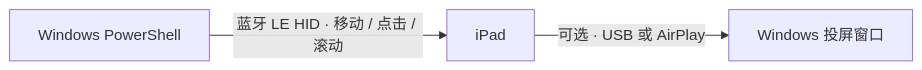
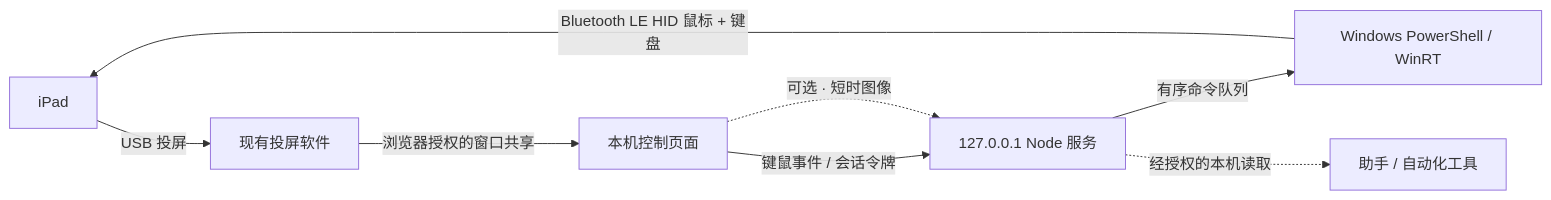
The diagram in README.md (LiuJH12138/ipad-bluetooth-mouse), drawn with Mermaid before and after one commit. The commit also changed other lines of this file and 13 other files, not shown here.

Commit message:
Add local iPad console with screen sharing and Bluetooth keyboard control

````diff
--- a/README.md
+++ b/README.md
@@ -21,5 +64,10 @@
 ```mermaid
 flowchart LR
-    Windows["Windows PowerShell"] -->|"蓝牙 LE HID · 移动 / 点击 / 滚动"| iPad["iPad"]
-    iPad -->|"可选 · USB 或 AirPlay"| Preview["Windows 投屏窗口"]
+    I["iPad"] -->|"USB 投屏"| M["现有投屏软件"]
+    M -->|"浏览器授权的窗口共享"| B["本机控制页面"]
+    B -->|"键鼠事件 / 会话令牌"| N["127.0.0.1 Node 服务"]
+    N -->|"有序命令队列"| P["Windows PowerShell / WinRT"]
+    P -->|"Bluetooth LE HID 鼠标 + 键盘"| I
+    B -.->|"可选 · 短时图像"| N
+    N -.->|"经授权的本机读取"| A["助手 / 自动化工具"]
 ```
````
